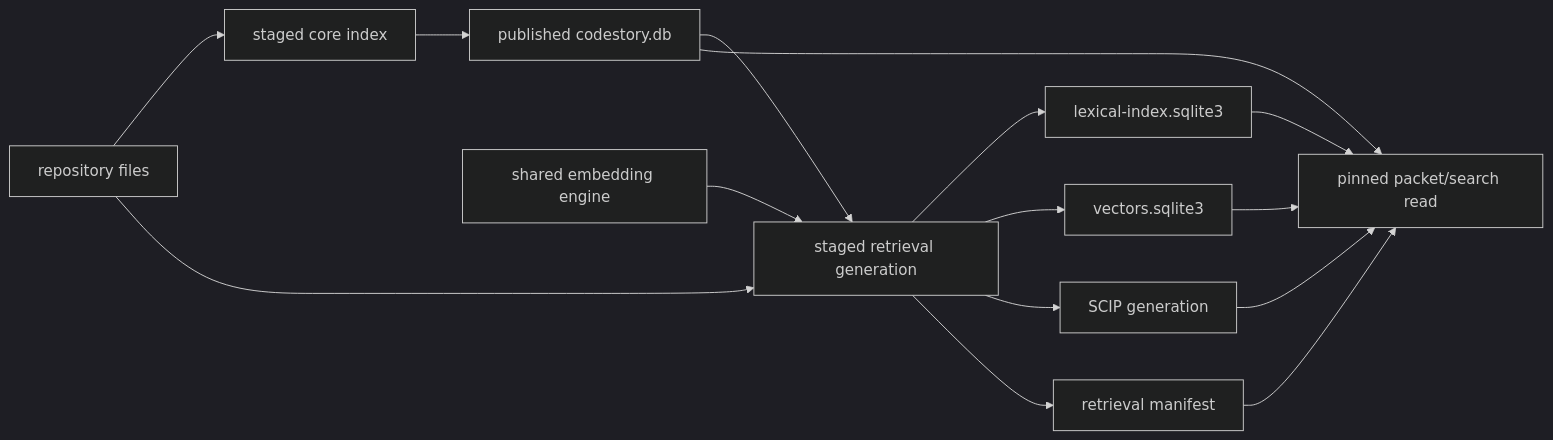
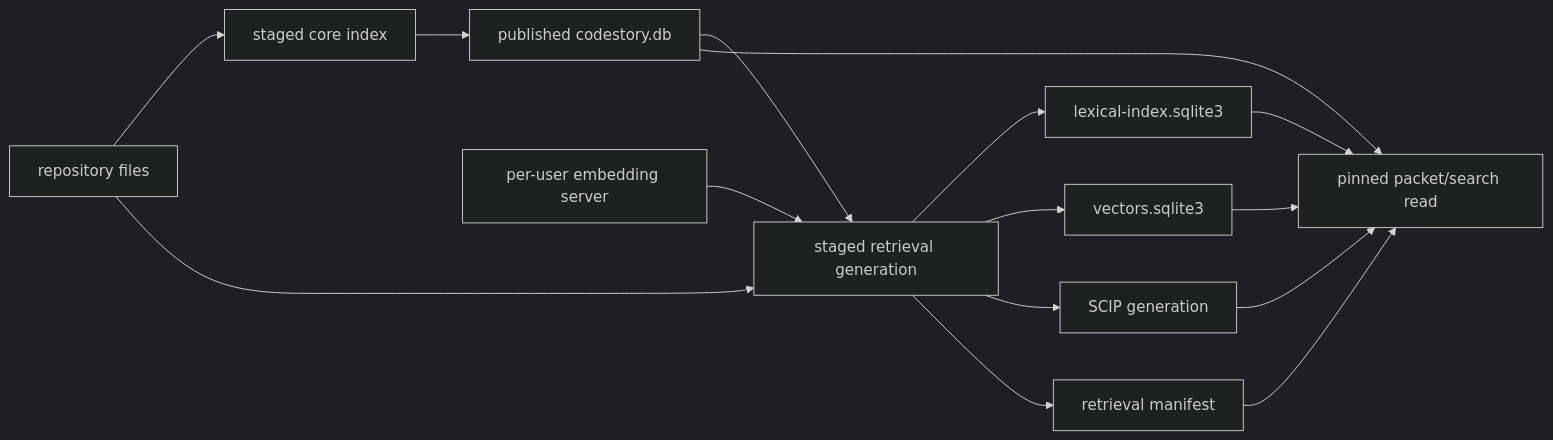
One commit to TheGreenCedar/CodeStory changed the second of 3 diagrams in docs/architecture/overview.md. Above: the diagram before and after it, drawn with Mermaid (dark theme). The commit also changed other lines of this file and 88 other files, not shown here.

First line of the commit message:
[codex] run one per-user embedding server across CodeStory processes (#1235)

````diff
--- a/docs/architecture/overview.md
+++ b/docs/architecture/overview.md
@@ -36,17 +40,17 @@
 ```mermaid
 flowchart LR
     Source["repository files"] --> CoreStage["staged core index"]
     CoreStage --> Core["published codestory.db"]
     Core --> RetrievalStage["staged retrieval generation"]
     Source --> RetrievalStage
-    Engine["shared embedding engine"] --> RetrievalStage
+    Engine["per-user embedding server"] --> RetrievalStage
     RetrievalStage --> Lexical["lexical-index.sqlite3"]
     RetrievalStage --> Vectors["vectors.sqlite3"]
     RetrievalStage --> Scip["SCIP generation"]
     RetrievalStage --> Manifest["retrieval manifest"]
     Lexical --> Query["pinned packet/search read"]
     Vectors --> Query
     Scip --> Query
     Manifest --> Query
     Core --> Query
 ```
````
